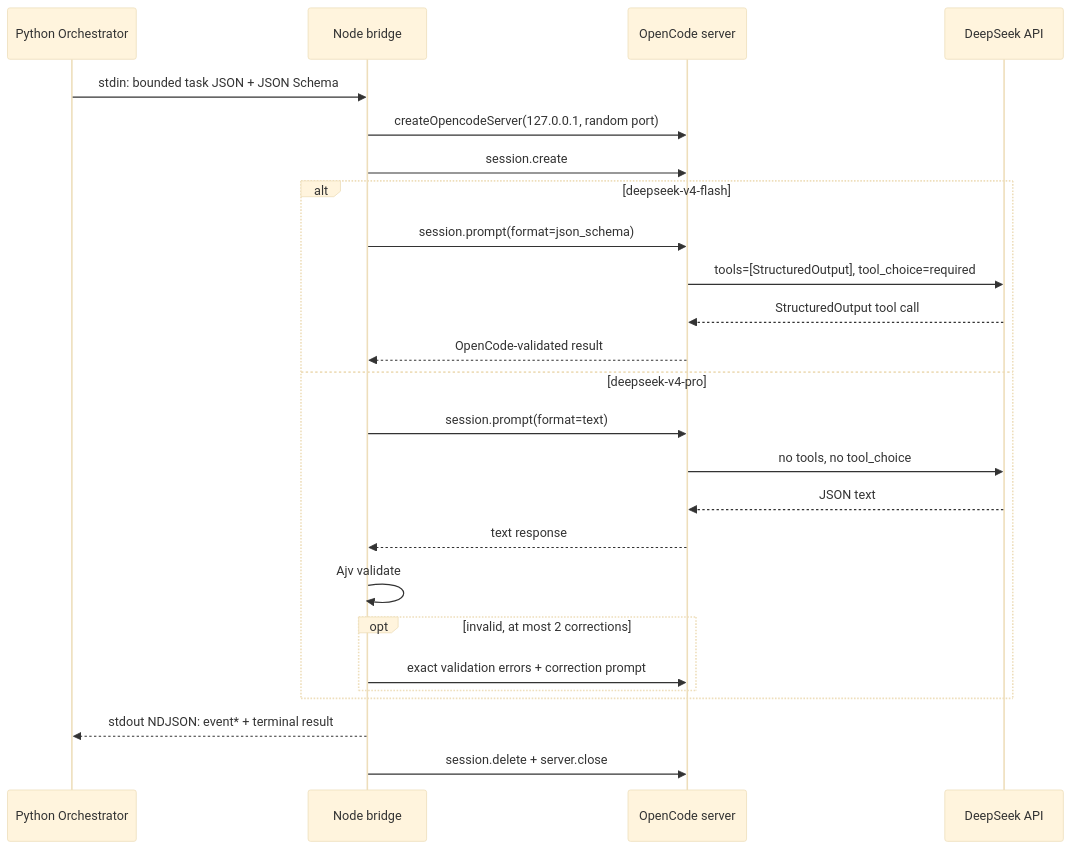
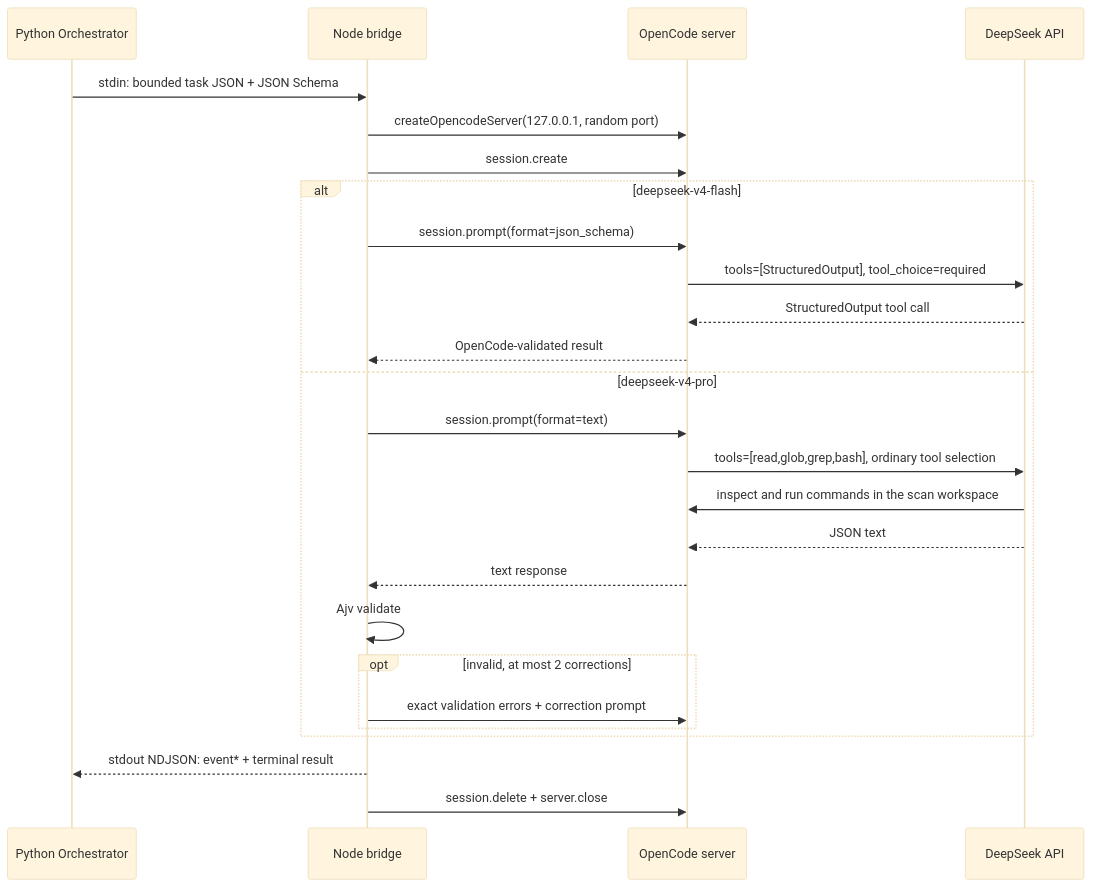
Before and after one commit to Nijika0529/ApkScanner: the diagram in docs/opencode-deepseek.zh-CN.md, drawn with Mermaid (base theme). The commit also changed other lines of this file and 35 other files, not shown here.

````diff
--- a/docs/opencode-deepseek.zh-CN.md
+++ b/docs/opencode-deepseek.zh-CN.md
@@ -51,28 +52,29 @@
 ```mermaid
 sequenceDiagram
     participant P as Python Orchestrator
     participant W as Node bridge
     participant O as OpenCode server
     participant D as DeepSeek API
 
     P->>W: stdin: bounded task JSON + JSON Schema
     W->>O: createOpencodeServer(127.0.0.1, random port)
     W->>O: session.create
     alt deepseek-v4-flash
         W->>O: session.prompt(format=json_schema)
         O->>D: tools=[StructuredOutput], tool_choice=required
         D-->>O: StructuredOutput tool call
         O-->>W: OpenCode-validated result
     else deepseek-v4-pro
         W->>O: session.prompt(format=text)
-        O->>D: no tools, no tool_choice
+        O->>D: tools=[read,glob,grep,bash], ordinary tool selection
+        D->>O: inspect and run commands in the scan workspace
         D-->>O: JSON text
         O-->>W: text response
         W->>W: Ajv validate
         opt invalid, at most 2 corrections
             W->>O: exact validation errors + correction prompt
         end
     end
     W-->>P: stdout NDJSON: event* + terminal result
     W->>O: session.delete + server.close
 ```
````
